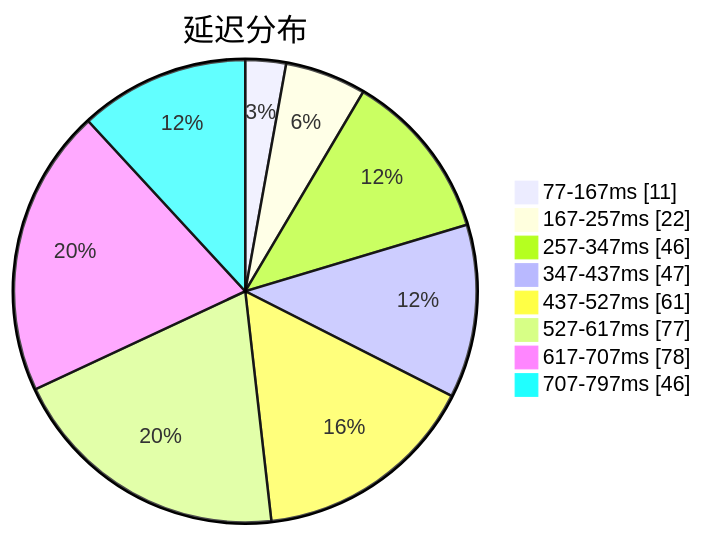
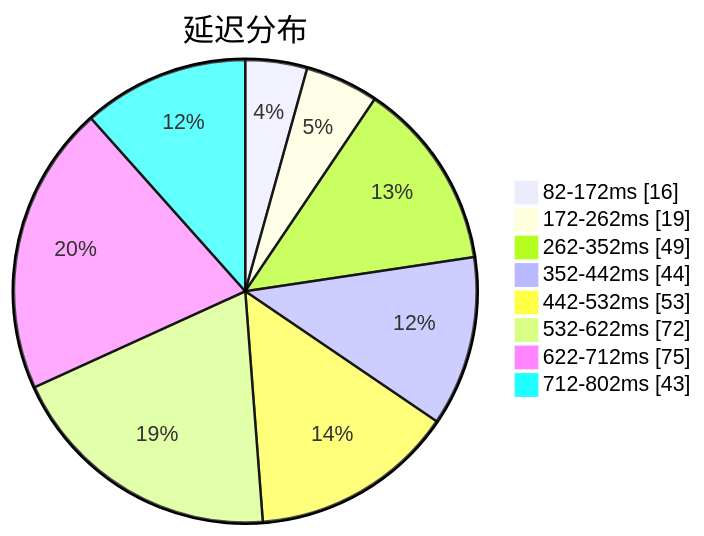
One commit to sinspired/airport changed the first of 3 diagrams in subs/statistics/tested_within.md. Above: the diagram before and after it, drawn with Mermaid. The commit also changed other lines of this file and 2 other files, not shown here.

````diff
--- a/subs/statistics/tested_within.md
+++ b/subs/statistics/tested_within.md
@@ -2,12 +2,12 @@
 ```mermaid
 pie showData
 title 延迟分布
-"77-167ms" : 11
-"167-257ms" : 22
-"257-347ms" : 46
-"347-437ms" : 47
-"437-527ms" : 61
-"527-617ms" : 77
-"617-707ms" : 78
-"707-797ms" : 46
+"82-172ms" : 16
+"172-262ms" : 19
+"262-352ms" : 49
+"352-442ms" : 44
+"442-532ms" : 53
+"532-622ms" : 72
+"622-712ms" : 75
+"712-802ms" : 43
 ```
````
